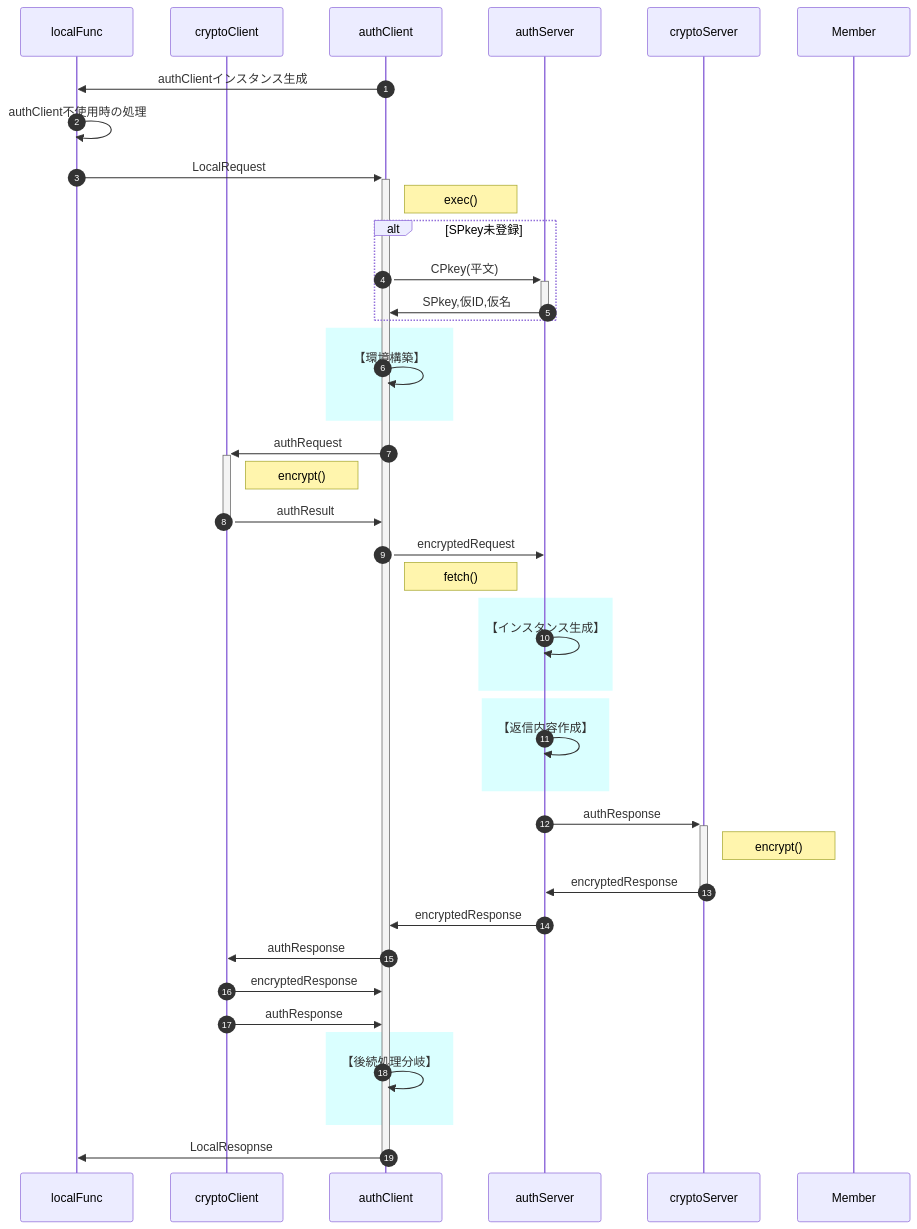
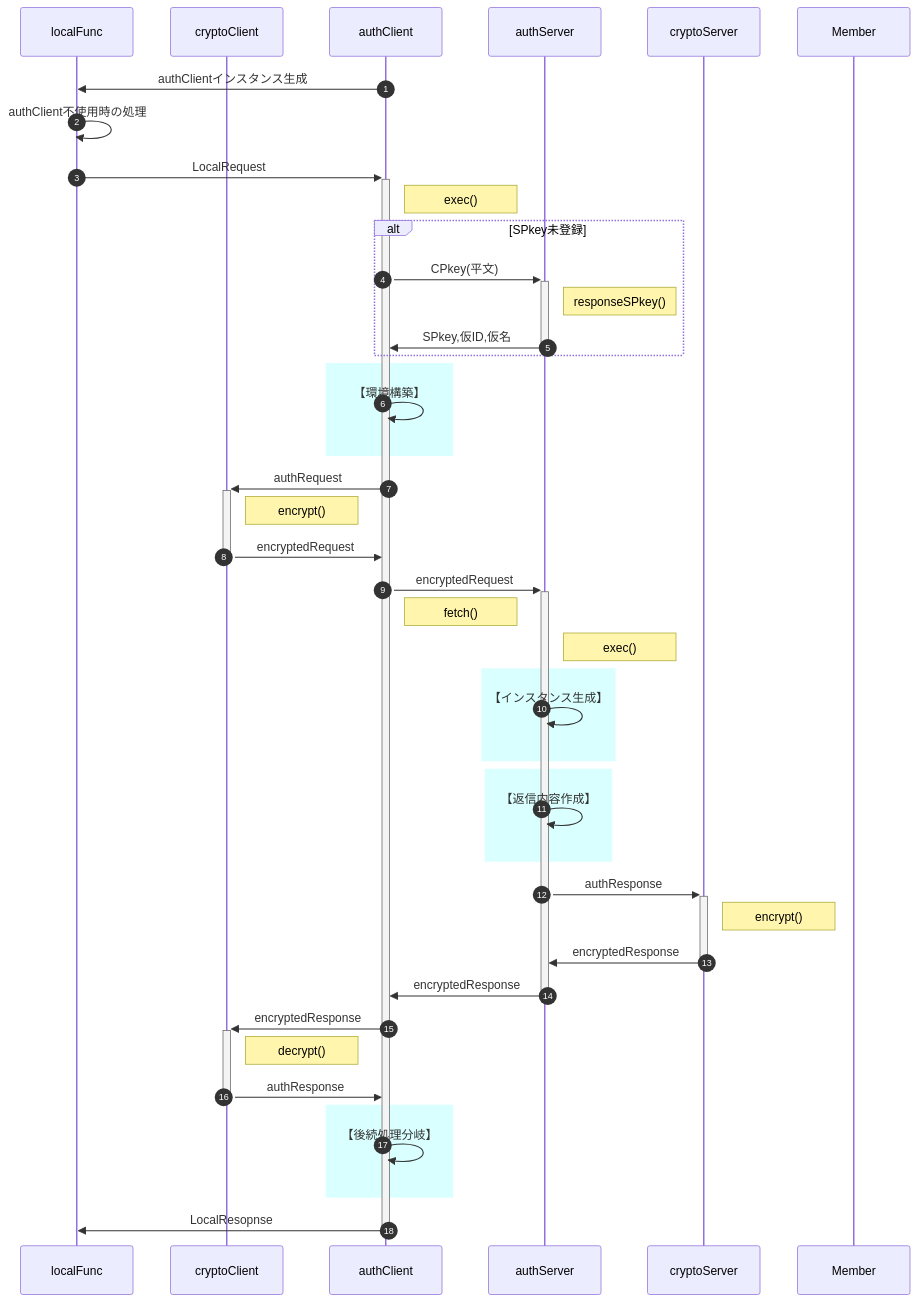
The first of 2 diagrams in underDev/Auth/src/doc/spec.md (nakaone/library), drawn with Mermaid before and after one commit. The commit also changed 2 other files, not shown here.

Commit message:
classdef.jsをspecDef.jsに反映後削除

````diff
--- a/underDev/Auth/src/doc/spec.md
+++ b/underDev/Auth/src/doc/spec.md
@@ -57,69 +57,72 @@
 ```mermaid
 sequenceDiagram
   autonumber
   %%actor user
   participant localFunc
   %%participant clientMail
   %%participant IndexedDB
   participant cryptoClient
   participant authClient
   participant authServer
   participant cryptoServer
   participant Member
   %%participant serverFunc
   %%actor admin
 
   %% インスタンス生成時処理：authClientConfig読み込み、IndexedDB読み込み、pvへの保存
   authClient->>localFunc: authClientインスタンス生成
 
   localFunc->>localFunc: authClient不使用時の処理
   localFunc->>+authClient: LocalRequest
   Note right of authClient: exec()
 
   %% SPkey要求
   alt SPkey未登録
     authClient->>+authServer: CPkey(平文)
+    Note right of authServer: responseSPkey()
     authServer->>-authClient: SPkey,仮ID,仮名
   end
 
   %% 環境構築(SPkey要求)
   rect rgba(218, 255, 255, 1)
     authClient->>authClient: 【環境構築】
   end
 
   %% 要求の暗号化
   authClient->>+cryptoClient: authRequest
   Note right of cryptoClient: encrypt()
-  cryptoClient->>-authClient: authResult
+  cryptoClient->>-authClient: encryptedRequest
 
   %% 処理要求
-  authClient->>authServer: encryptedRequest
+  authClient->>+authServer: encryptedRequest
   Note right of authClient: fetch()
+
+  Note right of authServer: exec()
 
   rect rgba(218, 255, 255, 1)
     authServer->>authServer: 【インスタンス生成】
   end
 
   rect rgba(218, 255, 255, 1)
     authServer->>authServer: 【返信内容作成】
   end
 
   authServer->>+cryptoServer: authResponse
   Note right of cryptoServer: encrypt()
   cryptoServer->>-authServer: encryptedResponse
 
-  authServer->>authClient: encryptedResponse
-  authClient->>cryptoClient: authResponse
-  cryptoClient->>authClient: encryptedResponse
-  cryptoClient->>authClient: authResponse
+  authServer->>-authClient: encryptedResponse
+  authClient->>+cryptoClient: encryptedResponse
+  Note right of cryptoClient: decrypt()
+  cryptoClient->>-authClient: authResponse
 
   rect rgba(218, 255, 255, 1)
     authClient->>authClient: 【後続処理分岐】
   end
 
   %% 新規登録要求
   %% パスコード入力
   %% パスコード再発行
 
   authClient->>-localFunc: LocalResopnse
 ```
````
